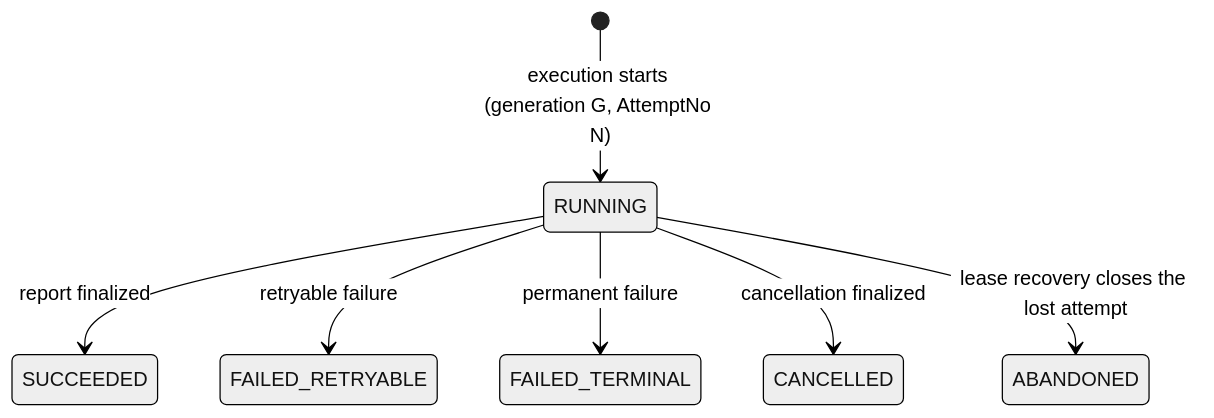
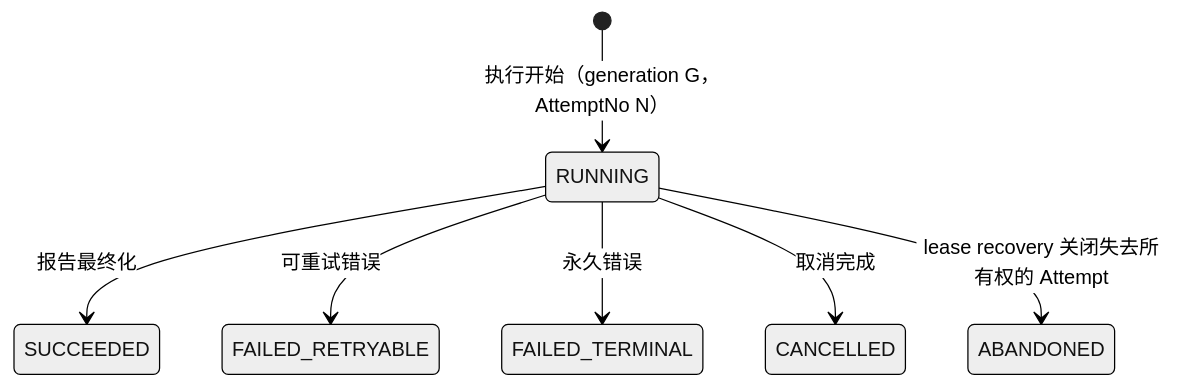
One commit to mrussss/repolens changed the third of 3 diagrams in docs/state-machines.md. Above: the diagram before and after it, drawn with Mermaid (neutral theme). The commit also changed other lines of this file and 44 other files, not shown here.

````diff
--- a/docs/state-machines.md
+++ b/docs/state-machines.md
@@ -81,9 +62,9 @@
 ```mermaid
 stateDiagram-v2
-    [*] --> RUNNING: execution starts (generation G, AttemptNo N)
-    RUNNING --> SUCCEEDED: report finalized
-    RUNNING --> FAILED_RETRYABLE: retryable failure
-    RUNNING --> FAILED_TERMINAL: permanent failure
-    RUNNING --> CANCELLED: cancellation finalized
-    RUNNING --> ABANDONED: lease recovery closes the lost attempt
+    [*] --> RUNNING: 执行开始（generation G，AttemptNo N）
+    RUNNING --> SUCCEEDED: 报告最终化
+    RUNNING --> FAILED_RETRYABLE: 可重试错误
+    RUNNING --> FAILED_TERMINAL: 永久错误
+    RUNNING --> CANCELLED: 取消完成
+    RUNNING --> ABANDONED: lease recovery 关闭失去所有权的 Attempt
 ```
````
